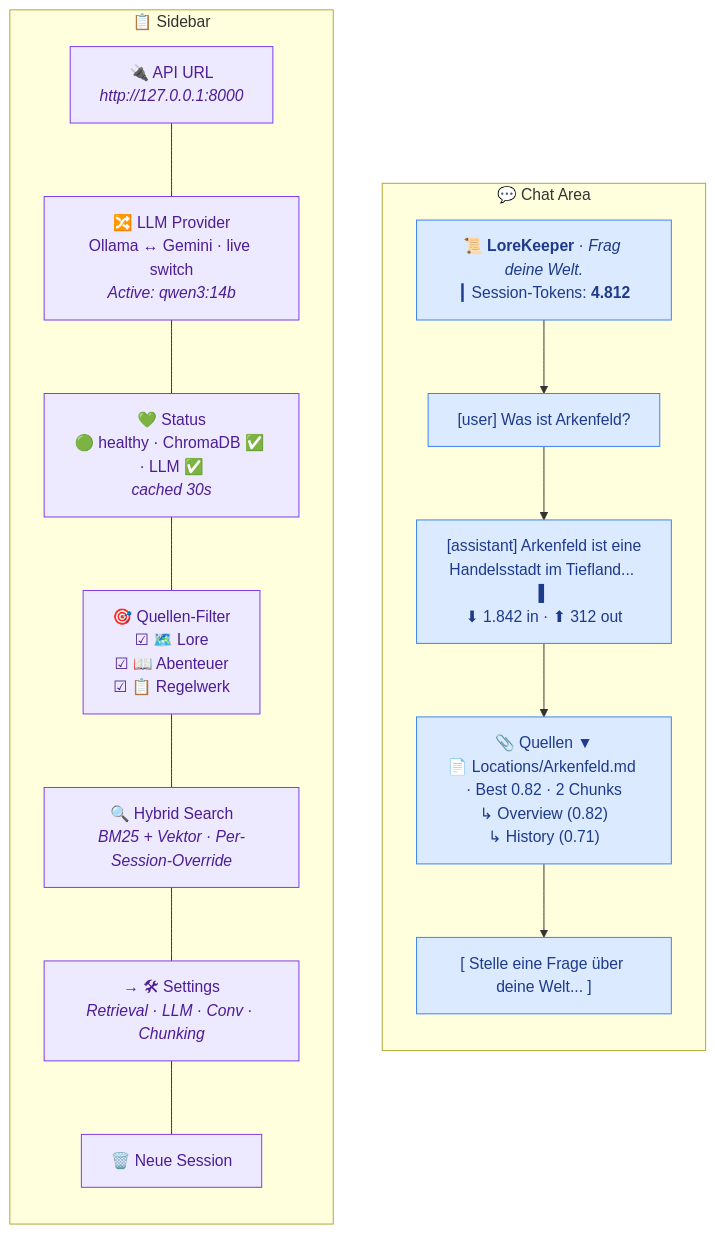
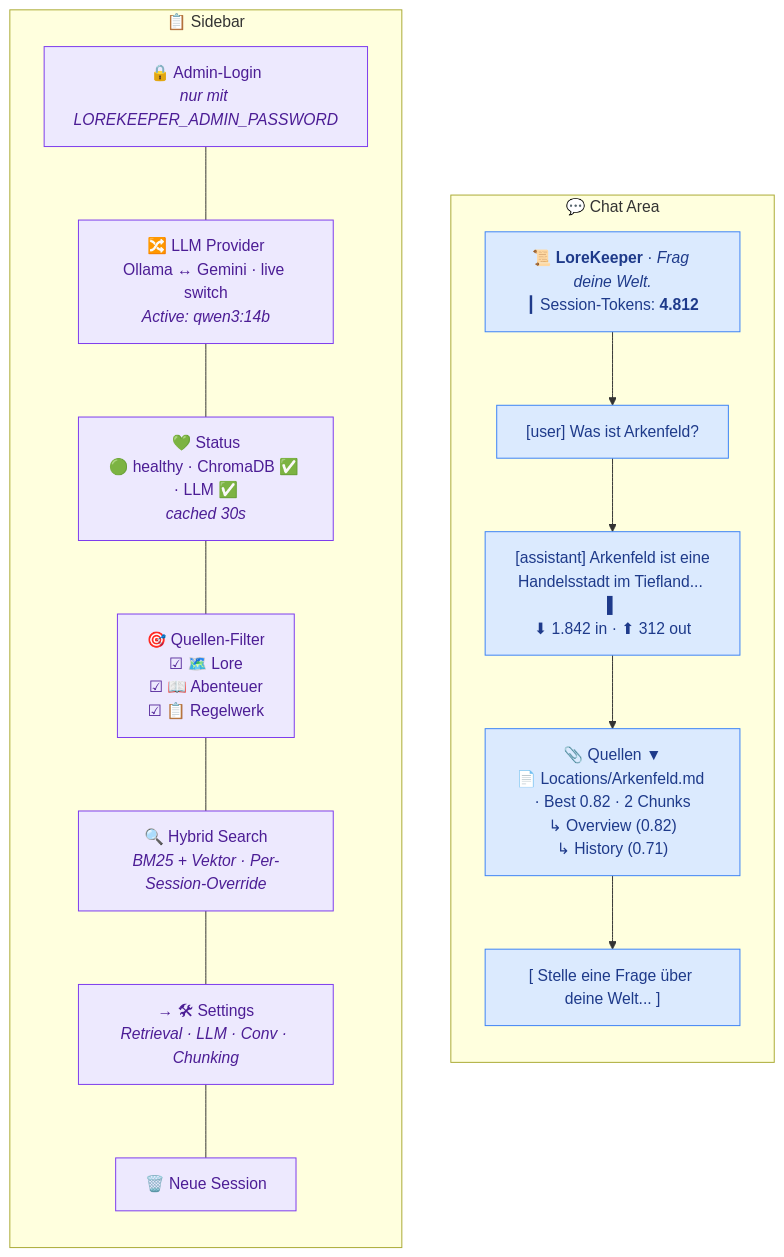
The first of 2 diagrams in docs/ui-ux.md (FabianHentrich/lorekeeper), drawn with Mermaid before and after one commit. The commit also changed other lines of this file and 24 other files, not shown here.

````diff
--- a/docs/ui-ux.md
+++ b/docs/ui-ux.md
@@ -21,31 +22,31 @@
 ```mermaid
 flowchart LR
     subgraph SIDEBAR["📋 Sidebar"]
         direction TB
-        S1["🔌 API URL<br/><i>http://127.0.0.1:8000</i>"]
+        S1["🔒 Admin-Login<br/><i>nur mit LOREKEEPER_ADMIN_PASSWORD</i>"]
         S2["🔀 LLM Provider<br/>Ollama ↔ Gemini · live switch<br/><i>Active: qwen3:14b</i>"]
         S3["💚 Status<br/>🟢 healthy · ChromaDB ✅ · LLM ✅<br/><i>cached 30s</i>"]
         S4["🎯 Quellen-Filter<br/>☑ 🗺️ Lore<br/>☑ 📖 Abenteuer<br/>☑ 📋 Regelwerk"]
         S5["🔍 Hybrid Search<br/><i>BM25 + Vektor · Per-Session-Override</i>"]
         S6["→ 🛠 Settings<br/><i>Retrieval · LLM · Conv · Chunking</i>"]
         S7["🗑️ Neue Session"]
         S1 --- S2 --- S3 --- S4 --- S5 --- S6 --- S7
     end
 
     subgraph CHAT["💬 Chat Area"]
         direction TB
         C1["📜 <b>LoreKeeper</b> · <i>Frag deine Welt.</i><br/>┃ Session-Tokens: <b>4.812</b>"]
         C2["[user] Was ist Arkenfeld?"]
         C3["[assistant] Arkenfeld ist eine<br/>Handelsstadt im Tiefland... ▌<br/>⬇ 1.842 in · ⬆ 312 out"]
         C4["📎 Quellen ▼<br/>📄 Locations/Arkenfeld.md · Best 0.82 · 2 Chunks<br/>↳ Overview (0.82)<br/>↳ History (0.71)"]
         C5["[ Stelle eine Frage über deine Welt... ]"]
         C1 --> C2 --> C3 --> C4 --> C5
     end
 
     SIDEBAR ~~~ CHAT
 
     classDef side fill:#ede9fe,stroke:#7c3aed,color:#4c1d95
     classDef chat fill:#dbeafe,stroke:#3b82f6,color:#1e3a8a
     class S1,S2,S3,S4,S5,S6,S7 side
     class C1,C2,C3,C4,C5 chat
 ```
````
